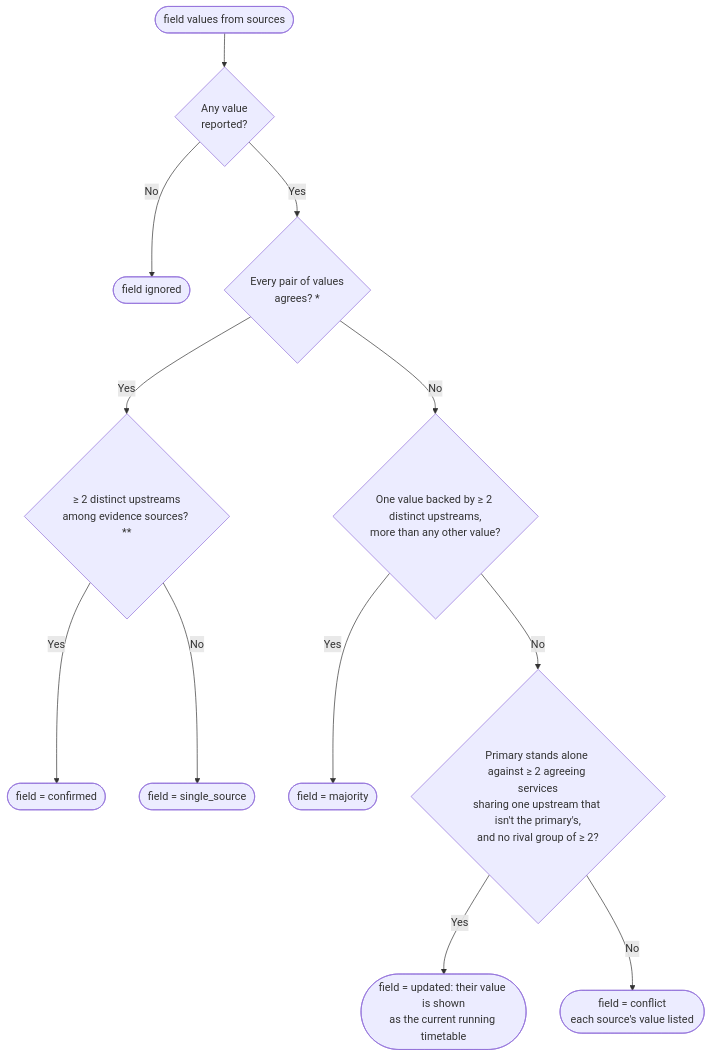
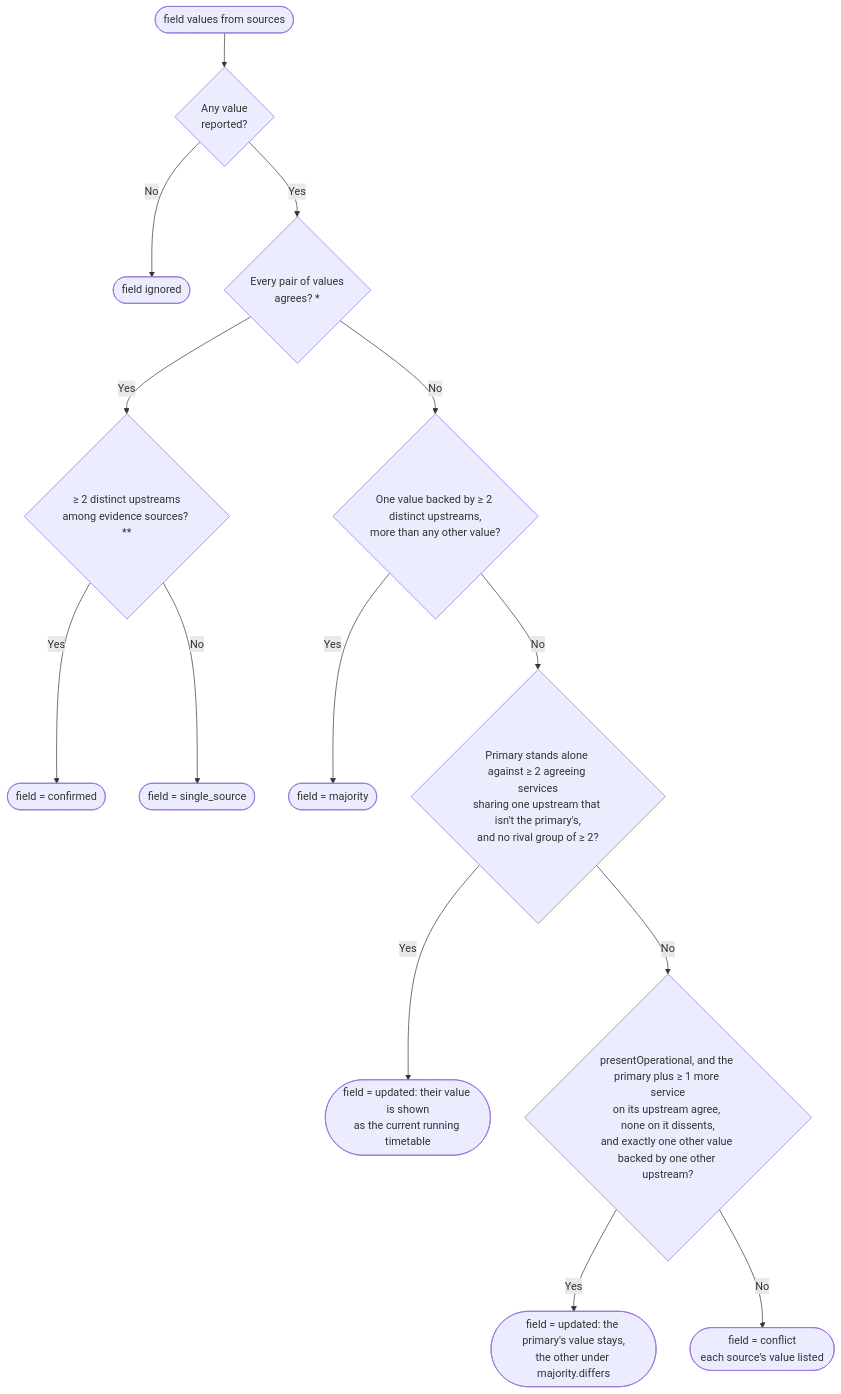
One commit to shubhamyadav8901/railways-mcp changed the fourth of 6 diagrams in docs/design/05-verification.md. Above: the diagram before and after it, drawn with Mermaid. The commit also changed other lines of this file and 21 other files, not shown here.

First line of the commit message:
Opt-in PRIMARY_SOURCE=confirmtkt: present ConfirmTkt first, cross-check with official (#8)

````diff
--- a/docs/design/05-verification.md
+++ b/docs/design/05-verification.md
@@ -81,14 +81,16 @@
 ```mermaid
 flowchart TD
   F([field values from sources]) --> F1{Any value<br/>reported?}
   F1 -- No --> F0([field ignored])
   F1 -- Yes --> F2{Every pair of values<br/>agrees? *}
   F2 -- Yes --> F3{≥ 2 distinct upstreams<br/>among evidence sources? **}
   F3 -- Yes --> FOK([field = confirmed])
   F3 -- No --> FS([field = single_source])
   F2 -- No --> M{One value backed by ≥ 2 distinct upstreams,<br/>more than any other value?}
   M -- Yes --> FM([field = majority])
   M -- No --> U{Primary stands alone against ≥ 2 agreeing services<br/>sharing one upstream that isn't the primary's,<br/>and no rival group of ≥ 2?}
   U -- Yes --> FU([field = updated: their value is shown<br/>as the current running timetable])
-  U -- No --> FC([field = conflict<br/>each source's value listed])
+  U -- No --> MR{presentOperational, and the primary plus ≥ 1 more service<br/>on its upstream agree, none on it dissents,<br/>and exactly one other value backed by one other upstream?}
+  MR -- Yes --> FMR([field = updated: the primary's value stays,<br/>the other under majority.differs])
+  MR -- No --> FC([field = conflict<br/>each source's value listed])
 ```
````
